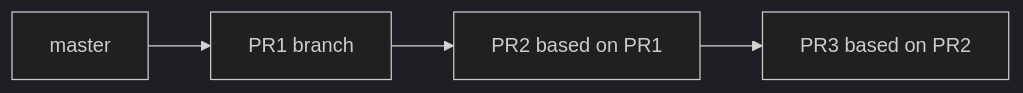
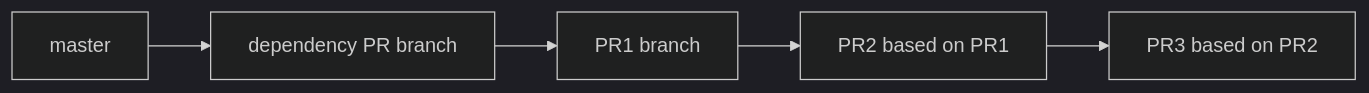
Before and after one commit to toadslop/rtl88x2bu-linux-driver: the diagram in .cursor/skills/plan-stacked-prs/SKILL.md, drawn with Mermaid (dark theme). The commit also changed other lines of this file and 4 other files, not shown here.

````diff
--- a/.cursor/skills/plan-stacked-prs/SKILL.md
+++ b/.cursor/skills/plan-stacked-prs/SKILL.md
@@ -104,6 +118,7 @@
 ```mermaid
 flowchart LR
-  M[master] --> PR1[PR1 branch]
+  M[master] --> DEP[dependency PR branch]
+  DEP --> PR1[PR1 branch]
   PR1 --> PR2[PR2 based on PR1]
   PR2 --> PR3[PR3 based on PR2]
 ```
````
